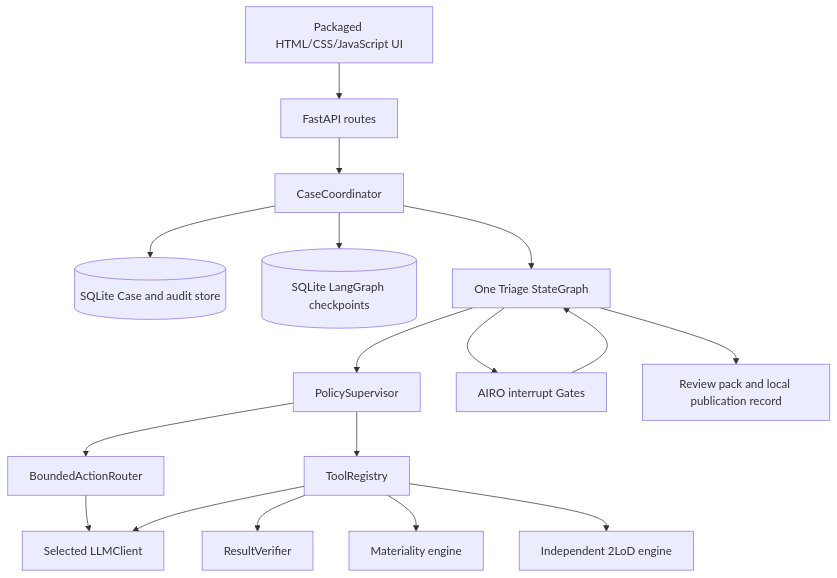
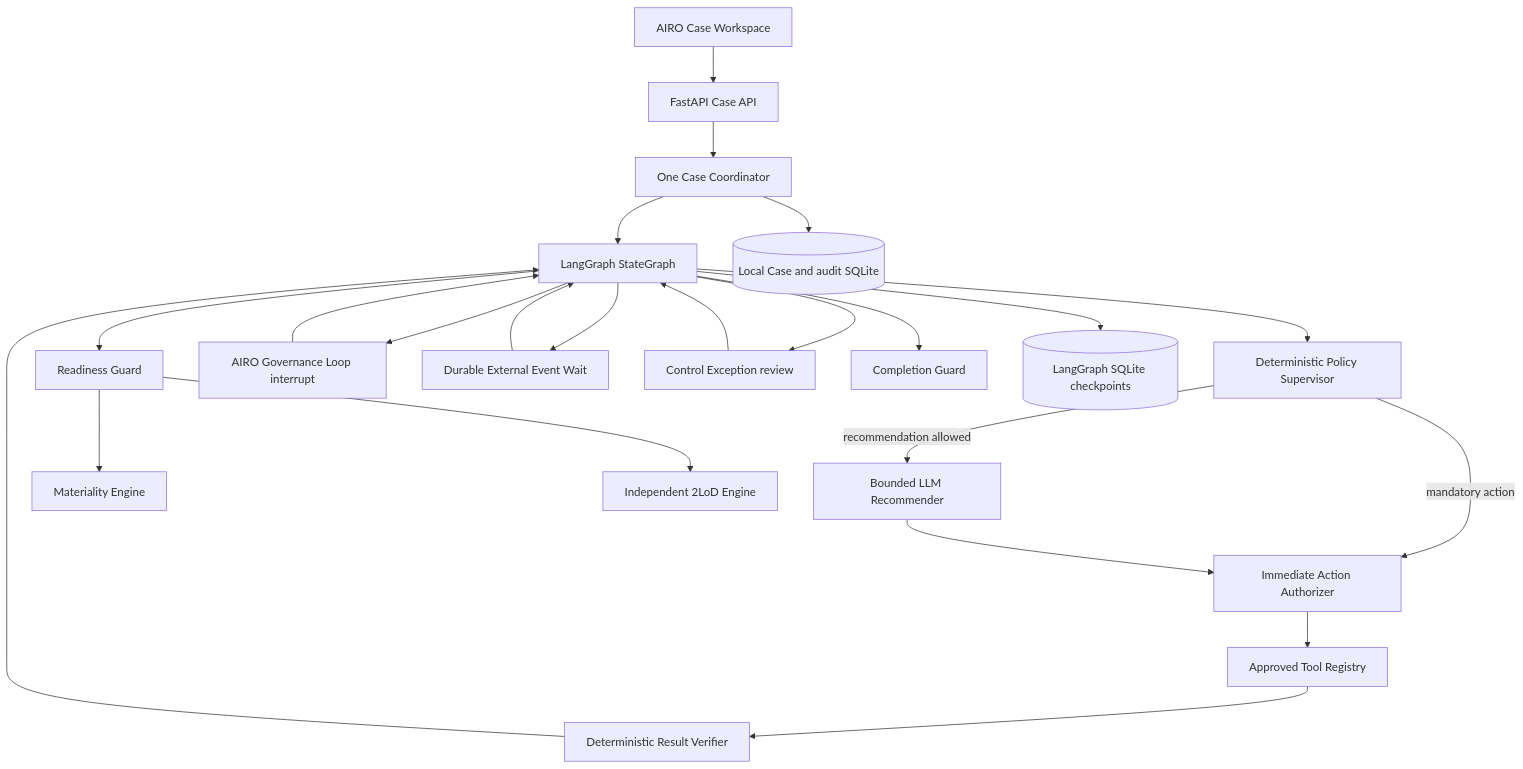
One commit to phd08bl/model_registry_hugging changed the first of 2 diagrams in ai-risk-triage-demo/docs/ARCHITECTURE.md. Above: the diagram before and after it, drawn with Mermaid. The commit also changed other lines of this file and 53 other files, not shown here.

````diff
--- a/ai-risk-triage-demo/docs/ARCHITECTURE.md
+++ b/ai-risk-triage-demo/docs/ARCHITECTURE.md
@@ -21,19 +20,25 @@
 ```mermaid
 flowchart TD
-    UI[Packaged HTML/CSS/JavaScript UI] --> API[FastAPI routes]
-    API --> C[CaseCoordinator]
-    C --> DB[(SQLite Case and audit store)]
-    C --> CP[(SQLite LangGraph checkpoints)]
-    C --> G[One Triage StateGraph]
-    G --> S[PolicySupervisor]
-    S --> R[BoundedActionRouter]
-    S --> TR[ToolRegistry]
-    R --> L[Selected LLMClient]
-    TR --> L
-    TR --> V[ResultVerifier]
-    TR --> M[Materiality engine]
-    TR --> D[Independent 2LoD engine]
-    G --> H[AIRO interrupt Gates]
-    H --> G
-    G --> P[Review pack and local publication record]
+    UI[AIRO Case Workspace] --> API[FastAPI Case API]
+    API --> CO[One Case Coordinator]
+    CO --> SG[LangGraph StateGraph]
+    SG --> PS[Deterministic Policy Supervisor]
+    PS -->|mandatory action| AU[Immediate Action Authorizer]
+    PS -->|recommendation allowed| LR[Bounded LLM Recommender]
+    LR --> AU
+    AU --> TR[Approved Tool Registry]
+    TR --> VR[Deterministic Result Verifier]
+    VR --> SG
+    SG --> RE[Readiness Guard]
+    RE --> ME[Materiality Engine]
+    RE --> LE[Independent 2LoD Engine]
+    SG --> HG[AIRO Governance Loop interrupt]
+    HG --> SG
+    SG --> EW[Durable External Event Wait]
+    EW --> SG
+    SG --> CE[Control Exception review]
+    CE --> SG
+    SG --> CG[Completion Guard]
+    CO --> DB[(Local Case and audit SQLite)]
+    SG --> CP[(LangGraph SQLite checkpoints)]
 ```
````
